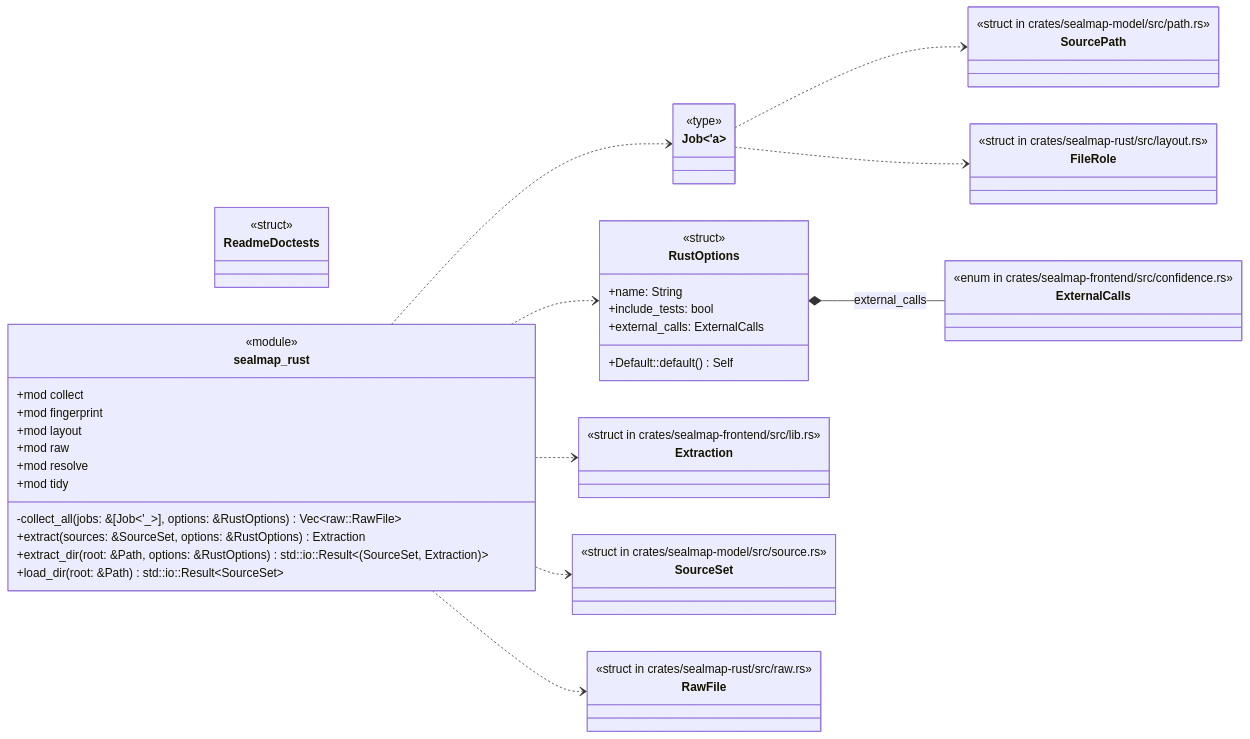
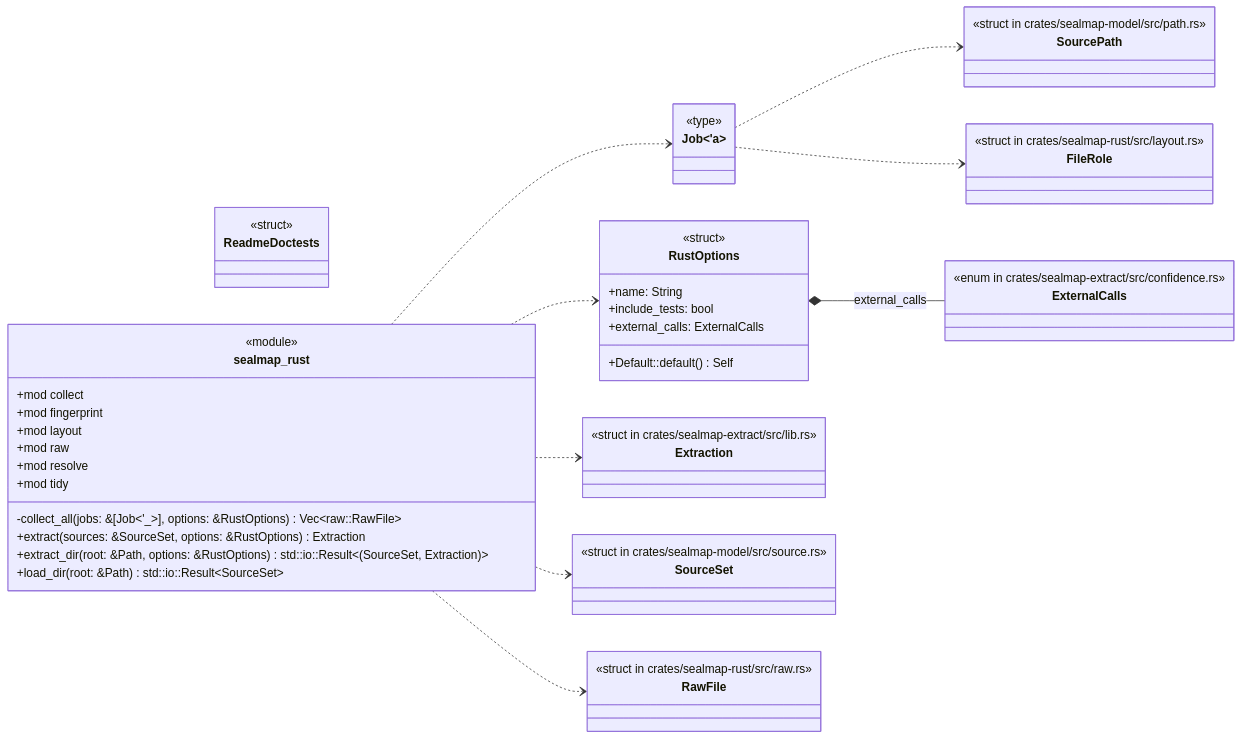
Before and after one commit to DreamLab-AI/codemaid: the first of 5 diagrams in docs/sealmap/crates/sealmap-rust/src/lib.rs.md, drawn with Mermaid. The commit also changed other lines of this file and 29 other files, not shown here.

````diff
--- a/docs/sealmap/crates/sealmap-rust/src/lib.rs.md
+++ b/docs/sealmap/crates/sealmap-rust/src/lib.rs.md
@@ -14,56 +14,56 @@
 ```mermaid
 classDiagram
   direction LR
   class sealmap_rust___tJob["Job#lt;'a#gt;"] {
     <<type>>
   }
   class sealmap_rust___tReadmeDoctests["ReadmeDoctests"] {
     <<struct>>
   }
   class sealmap_rust___tRustOptions["RustOptions"] {
     <<struct>>
     +name: String
     +include_tests: bool
     +external_calls: ExternalCalls
     +Default::default() Self
   }
   class sealmap_rust {
     <<module>>
     +mod collect
     -collect_all(jobs: &[Job#lt;'_#gt;], options: &RustOptions) Vec#lt;raw::RawFile#gt;
     +extract(sources: &SourceSet, options: &RustOptions) Extraction
     +extract_dir(root: &Path, options: &RustOptions) std::io::Result#lt;#40;SourceSet, Extraction#41;#gt;
     +mod fingerprint
     +mod layout
     +load_dir(root: &Path) std::io::Result#lt;SourceSet#gt;
     +mod raw
     +mod resolve
     +mod tidy
   }
-  class sealmap_frontend___tExtraction["Extraction"] {
-    <<struct in crates/sealmap-frontend/src/lib.rs>>
+  class sealmap_extract___tExtraction["Extraction"] {
+    <<struct in crates/sealmap-extract/src/lib.rs>>
   }
   class sealmap_model__source___tSourceSet["SourceSet"] {
     <<struct in crates/sealmap-model/src/source.rs>>
   }
   class sealmap_rust__raw___tRawFile["RawFile"] {
     <<struct in crates/sealmap-rust/src/raw.rs>>
   }
   class sealmap_model__path___tSourcePath["SourcePath"] {
     <<struct in crates/sealmap-model/src/path.rs>>
   }
   class sealmap_rust__layout___tFileRole["FileRole"] {
     <<struct in crates/sealmap-rust/src/layout.rs>>
   }
-  class sealmap_frontend__confidence___tExternalCalls["ExternalCalls"] {
-    <<enum in crates/sealmap-frontend/src/confidence.rs>>
+  class sealmap_extract__confidence___tExternalCalls["ExternalCalls"] {
+    <<enum in crates/sealmap-extract/src/confidence.rs>>
   }
-  sealmap_rust ..> sealmap_frontend___tExtraction
+  sealmap_rust ..> sealmap_extract___tExtraction
   sealmap_rust ..> sealmap_model__source___tSourceSet
   sealmap_rust ..> sealmap_rust___tJob
   sealmap_rust ..> sealmap_rust___tRustOptions
   sealmap_rust ..> sealmap_rust__raw___tRawFile
   sealmap_rust___tJob ..> sealmap_model__path___tSourcePath
   sealmap_rust___tJob ..> sealmap_rust__layout___tFileRole
-  sealmap_rust___tRustOptions *-- sealmap_frontend__confidence___tExternalCalls : external_calls
+  sealmap_rust___tRustOptions *-- sealmap_extract__confidence___tExternalCalls : external_calls
 ```
````
